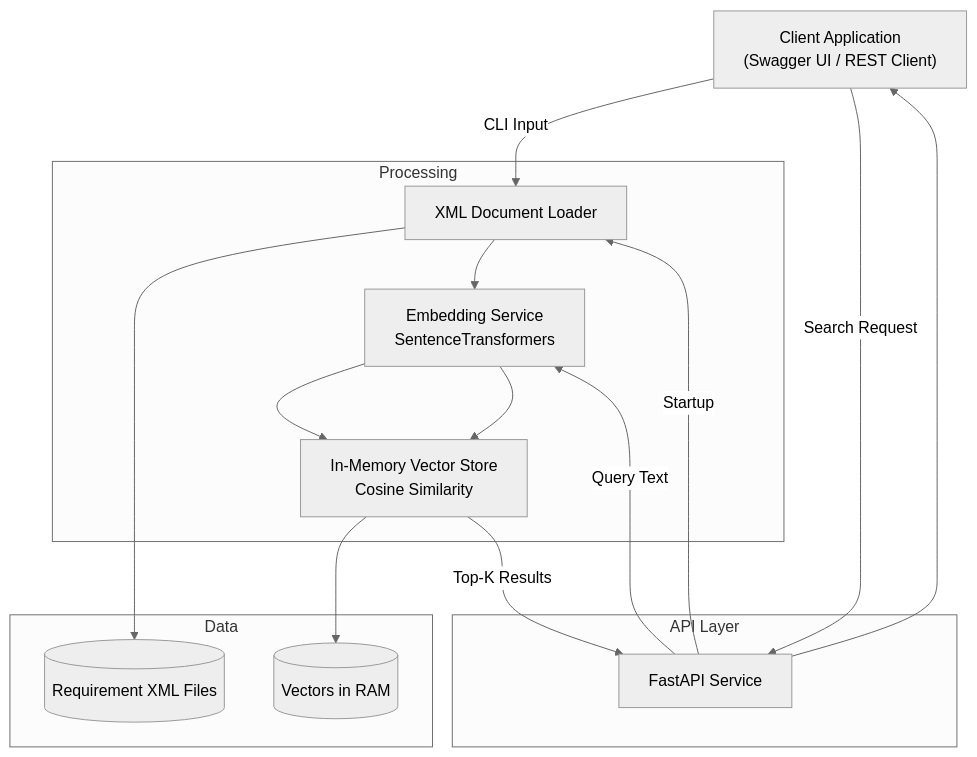
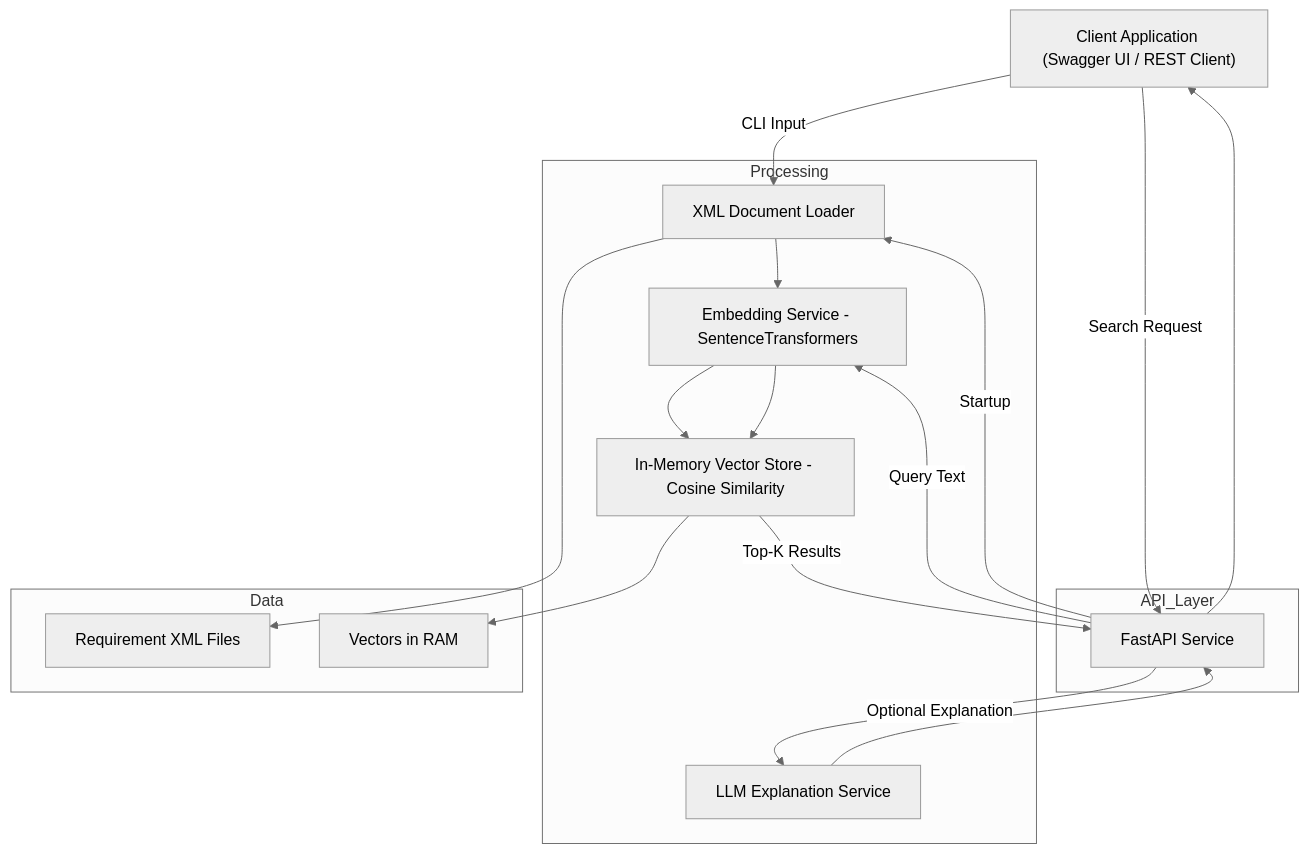
Before and after one commit to patricknanz2002-wq/ai-requirements-engine: the diagram in docs/architecture.md, drawn with Mermaid (neutral theme). The commit also changed other lines of this file, not shown here.

Commit message:
docs: extend architecture documentation with optional LLM explanation layer

````diff
--- a/docs/architecture.md
+++ b/docs/architecture.md
@@ -17,34 +18,39 @@
 ```mermaid
 flowchart TB
 
-User["Client Application<br/>(Swagger UI / REST Client)"]
+User["Client Application (Swagger UI / REST Client)"]
 
-subgraph API Layer
-    API[FastAPI Service]
+subgraph API_Layer
+    API["FastAPI Service"]
 end
 
 subgraph Processing
-    Loader[XML Document Loader]
-    Embedder[Embedding Service<br/>SentenceTransformers]
-    VectorStore[In-Memory Vector Store<br/>Cosine Similarity]
+    Loader["XML Document Loader"]
+    Embedder["Embedding Service - SentenceTransformers"]
+    VectorStore["In-Memory Vector Store - Cosine Similarity"]
+    LLM["LLM Explanation Service"]
 end
 
 subgraph Data
-    XML[(Requirement XML Files)]
-    Memory[(Vectors in RAM)]
+    XML["Requirement XML Files"]
+    Memory["Vectors in RAM"]
 end
 
 User -->|CLI Input| Loader
 User -->|Search Request| API
 
 API -->|Startup| Loader
 Loader --> XML
 Loader --> Embedder
 Embedder --> VectorStore
 VectorStore --> Memory
 
 API -->|Query Text| Embedder
 Embedder --> VectorStore
 VectorStore -->|Top-K Results| API
+
+API -->|Optional Explanation| LLM
+LLM --> API
+
 API --> User
 ```
````
